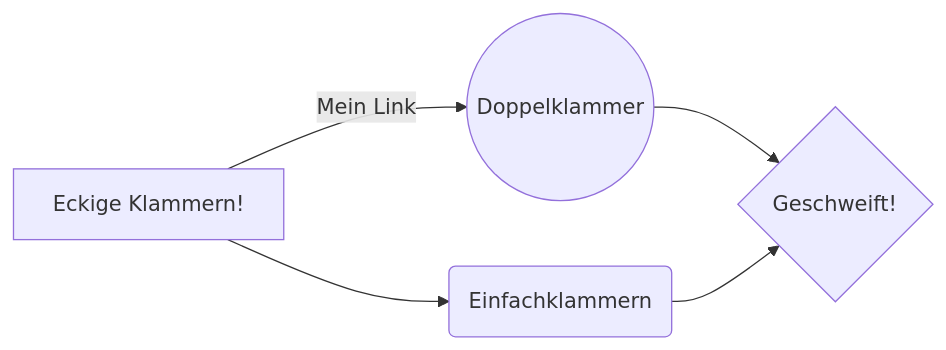
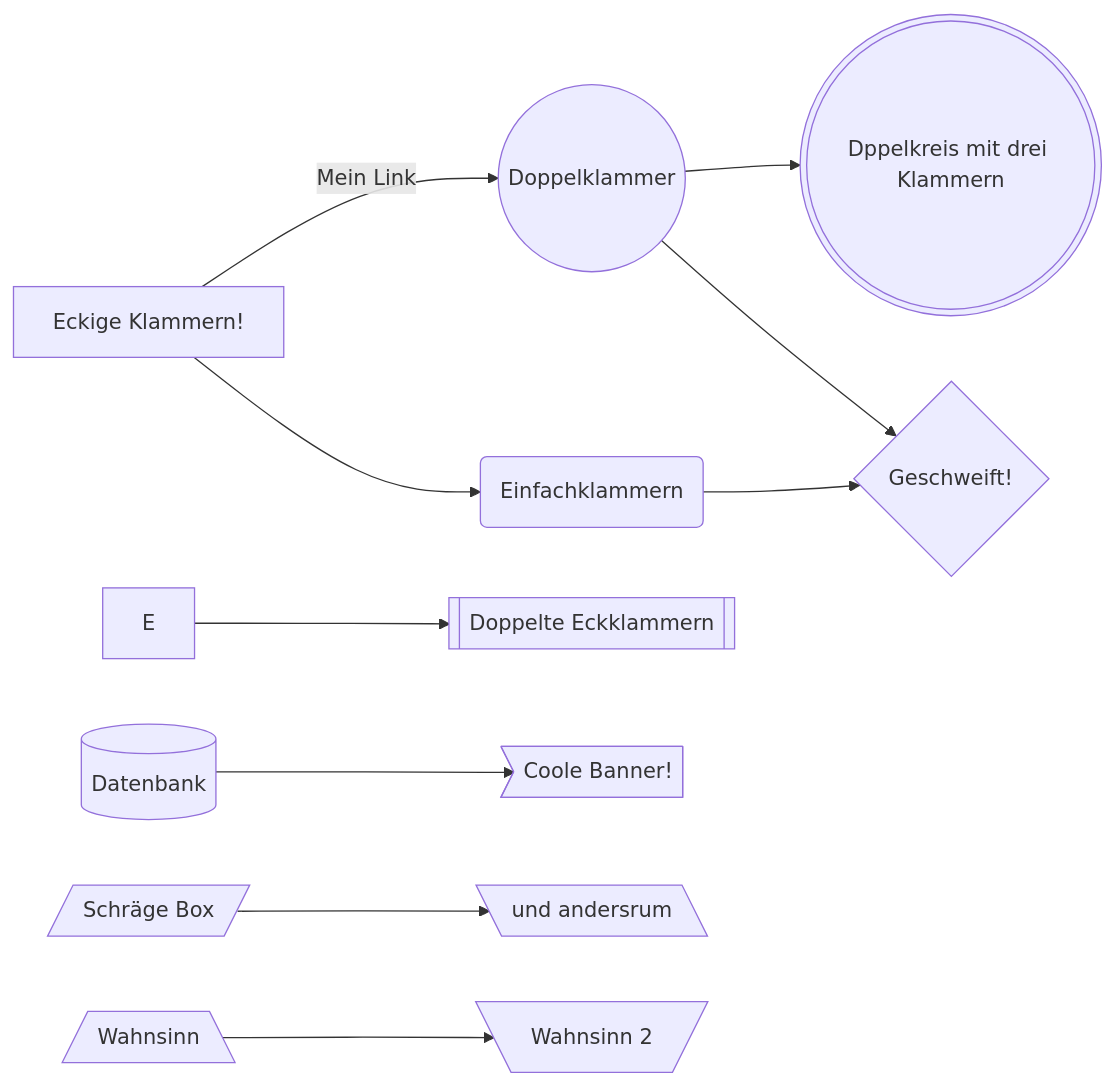
Before and after one commit to SVWS-NRW/SVWS-Dokumentation: the third of 6 diagrams in mermaid_test/index.md, drawn with Mermaid. The commit also changed other lines of this file, not shown here.

Commit message:
Mehr Beispiele für die mermaid-syntax

````diff
--- a/mermaid_test/index.md
+++ b/mermaid_test/index.md
@@ -16,7 +33,13 @@
 ```mermaid
 graph LR
     A[Eckige Klammern!] -- Mein Link --> B((Doppelklammer))
+    B --> M
+    M(((Dppelkreis mit drei Klammern)))
     A --> C(Einfachklammern)
     B --> D{Geschweift!}
     C --> D
+    E --> F[[Doppelte Eckklammern]]
+    G[(Datenbank)] --> H>Coole Banner!]
+    I[/Schräge Box/] --> J[\und andersrum\]
+    K[/Wahnsinn\] --> L[\Wahnsinn 2/]
 ```
````
